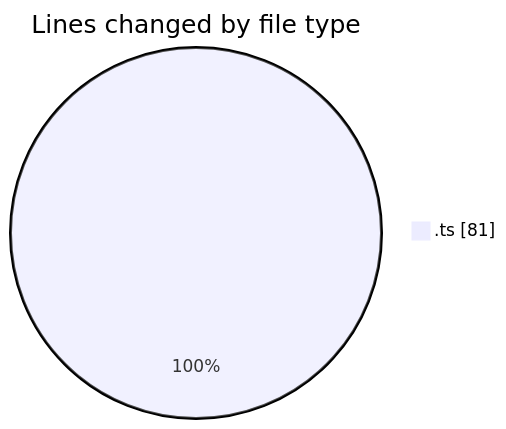
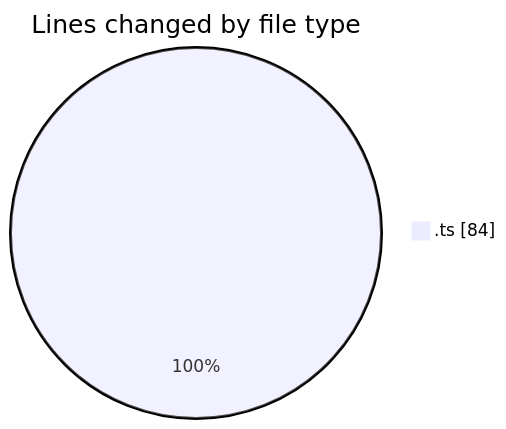
One commit to momahboobian/code-tracking changed the first of 2 diagrams in 2025-05-30/cda/README.md. Above: the diagram before and after it, drawn with Mermaid. The commit also changed other lines of this file and 1 other file, not shown here.

````diff
--- a/2025-05-30/cda/README.md
+++ b/2025-05-30/cda/README.md
@@ -20,5 +20,5 @@
 ```mermaid
 pie showData
 title Lines changed by file type
-".ts" : 81
+".ts" : 84
 ```
````
